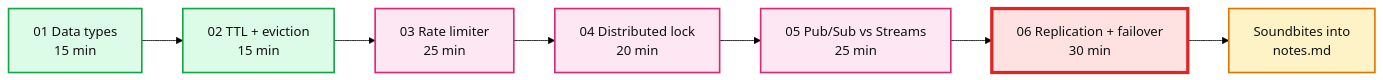
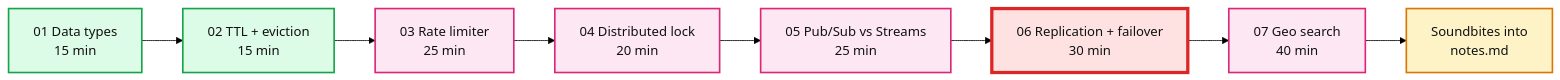
One commit to vicky22291/VinayPractise changed the diagram in tool-practise/redis/README.md. Above: the diagram before and after it, drawn with Mermaid (forest theme). The commit also changed other lines of this file and 4 other files, not shown here.

Commit message:
Add Redis geo search exercise, fix stale compose comments

````diff
--- a/tool-practise/redis/README.md
+++ b/tool-practise/redis/README.md
@@ -26,20 +27,21 @@
 ```mermaid
 %% What the session builds, in order. Each box is one exercise.
 flowchart LR
     E1[01 Data types<br/>15 min] --> E2[02 TTL + eviction<br/>15 min]
     E2 --> E3[03 Rate limiter<br/>25 min]
     E3 --> E4[04 Distributed lock<br/>20 min]
     E4 --> E5[05 Pub/Sub vs Streams<br/>25 min]
     E5 --> E6[06 Replication + failover<br/>30 min]
-    E6 --> S[Soundbites into<br/>notes.md]
+    E6 --> E7[07 Geo search<br/>40 min]
+    E7 --> S[Soundbites into<br/>notes.md]
 
     class E1,E2 service
-    class E3,E4,E5 decision
+    class E3,E4,E5,E7 decision
     class E6 critical
     class S cache
 
     classDef service  fill:#dcfce7,stroke:#16a34a,stroke-width:2px,color:#111
     classDef decision fill:#fce7f3,stroke:#db2777,stroke-width:2px,color:#111
     classDef critical fill:#fee2e2,stroke:#dc2626,stroke-width:4px,color:#111
     classDef cache    fill:#fef3c7,stroke:#d97706,stroke-width:2px,color:#111
 ```
````
